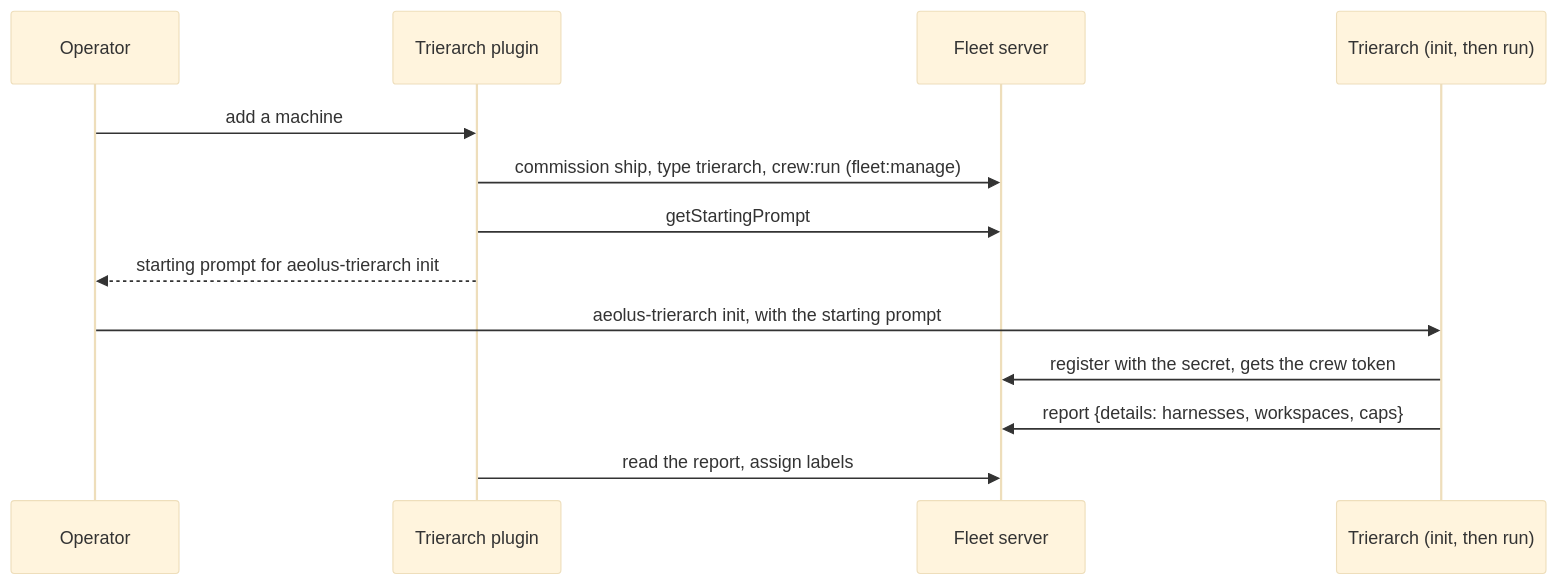
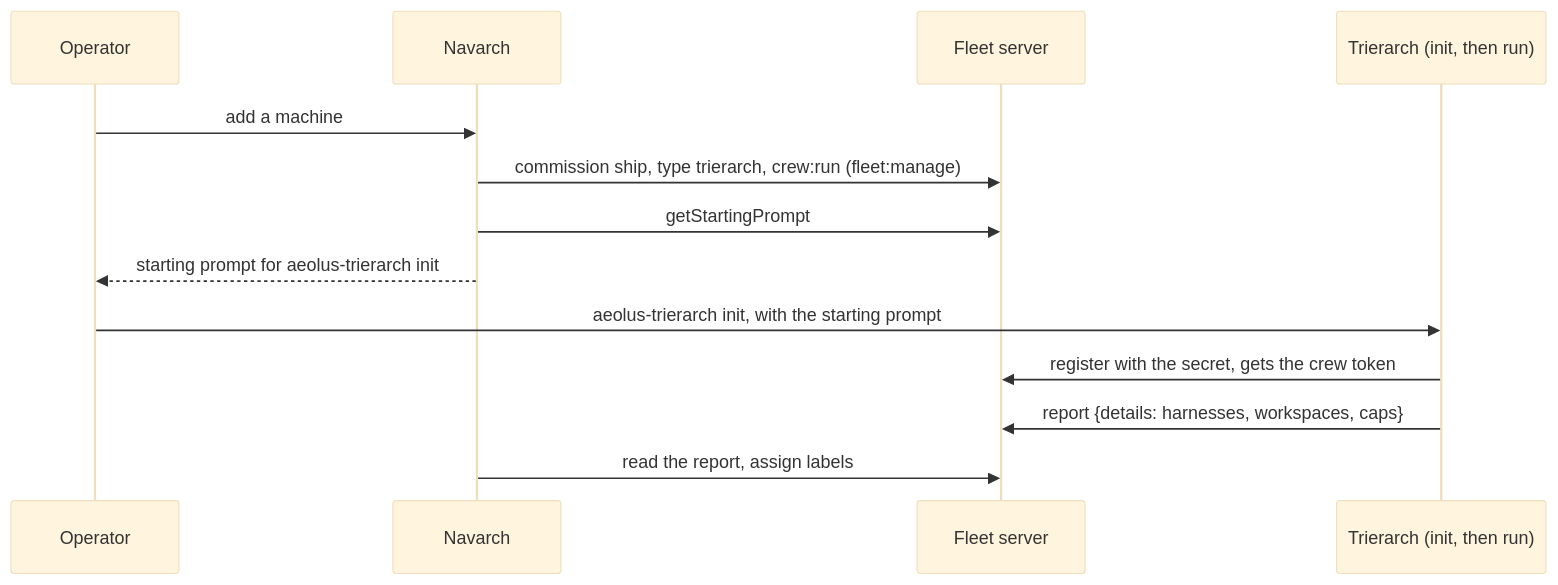
The second of 6 diagrams in docs/architecture.md (ThomasHendrickx/aeolus-fleet), drawn with Mermaid (base theme) before and after one commit. The commit also changed other lines of this file and 9 other files, not shown here.

First line of the commit message:
docs(navarch): move Thomas's answers to the trierarch questions into the docs

````diff
--- a/docs/architecture.md
+++ b/docs/architecture.md
@@ -240,15 +240,15 @@
 ```mermaid
 sequenceDiagram
   participant O as Operator
-  participant P as Trierarch plugin
+  participant P as Navarch
   participant F as Fleet server
   participant T as Trierarch (init, then run)
   O->>P: add a machine
   P->>F: commission ship, type trierarch, crew:run (fleet:manage)
   P->>F: getStartingPrompt
   P-->>O: starting prompt for aeolus-trierarch init
   O->>T: aeolus-trierarch init, with the starting prompt
   T->>F: register with the secret, gets the crew token
   T->>F: report {details: harnesses, workspaces, caps}
   P->>F: read the report, assign labels
 ```
````
